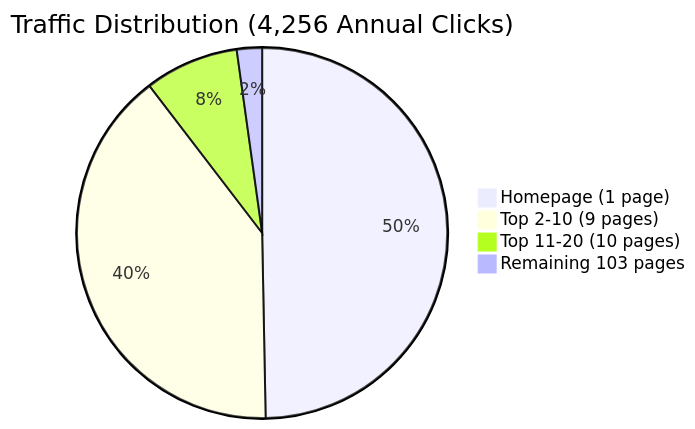
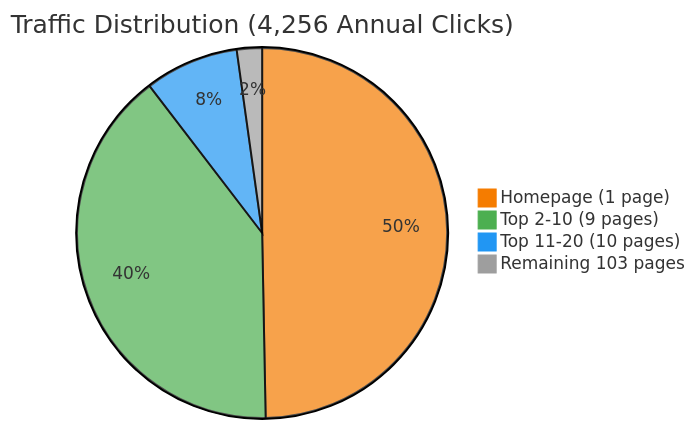
One commit to neothink-society/neothink.com changed the diagram in NEOTHINK-SEO-REALITY-REPORT.md. Above: the diagram before and after it, drawn with Mermaid. The commit also changed 3 other files, not shown here.

First line of the commit message:
Fix Mermaid diagrams for light/dark mode compatibility

````diff
--- a/NEOTHINK-SEO-REALITY-REPORT.md
+++ b/NEOTHINK-SEO-REALITY-REPORT.md
@@ -108,7 +108,8 @@
 ```mermaid
+%%{init: {'theme':'base', 'themeVariables': { 'pie1':'#F57C00', 'pie2':'#4CAF50', 'pie3':'#2196F3', 'pie4':'#9E9E9E'}}}%%
 pie title Traffic Distribution (4,256 Annual Clicks)
     "Homepage (1 page)" : 2145
     "Top 2-10 (9 pages)" : 1722
     "Top 11-20 (10 pages)" : 354
     "Remaining 103 pages" : 95
 ```
````
